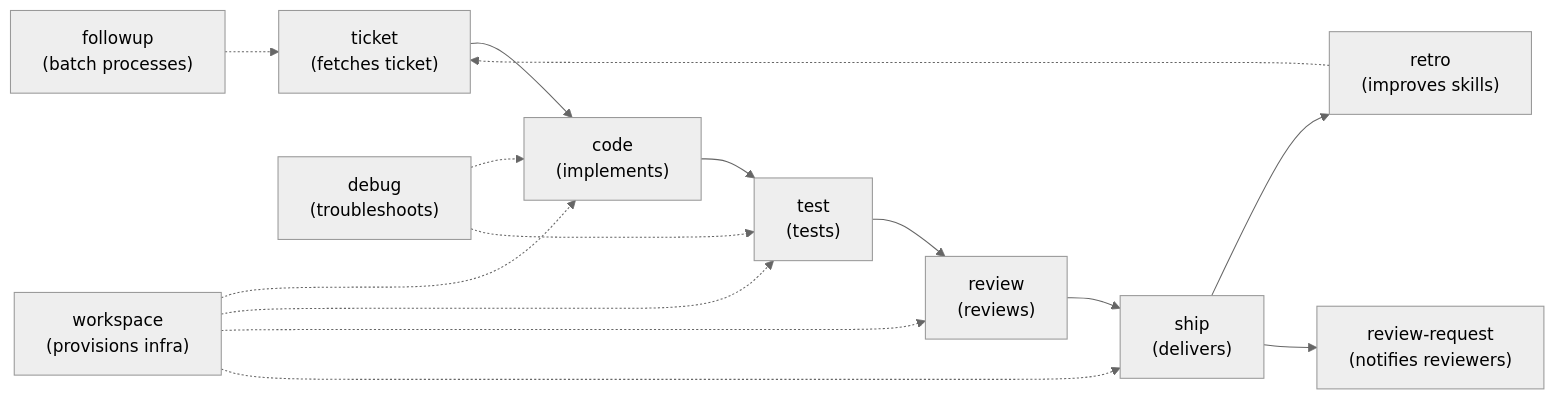
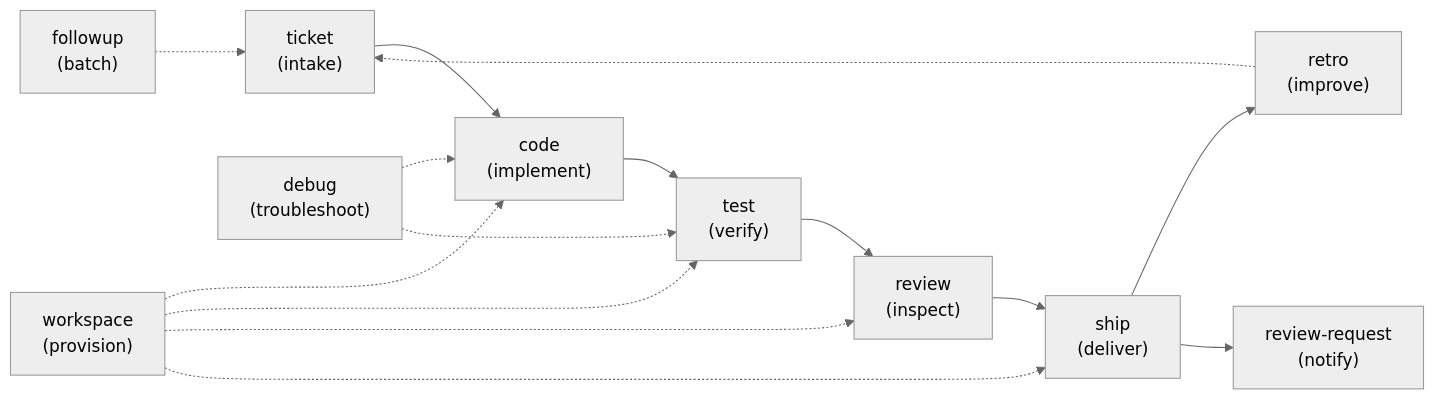
One commit to souliane/teatree changed the second of 2 diagrams in README.md. Above: the diagram before and after it, drawn with Mermaid (neutral theme). The commit also changed other lines of this file and 41 other files, not shown here.

````diff
--- a/README.md
+++ b/README.md
@@ -107,15 +123,15 @@
 ```mermaid
 graph LR
-  ticket["ticket<br/>(fetches ticket)"] --> code["code<br/>(implements)"]
-  code --> test["test<br/>(tests)"]
-  test --> review["review<br/>(reviews)"]
-  review --> ship["ship<br/>(delivers)"]
-  ship --> retro["retro<br/>(improves skills)"]
+  ticket["ticket<br/>(intake)"] --> code["code<br/>(implement)"]
+  code --> test["test<br/>(verify)"]
+  test --> review["review<br/>(inspect)"]
+  review --> ship["ship<br/>(deliver)"]
+  ship --> retro["retro<br/>(improve)"]
   retro -.-> ticket
 
-  ship --> rr["review-request<br/>(notifies reviewers)"]
-  debug["debug<br/>(troubleshoots)"] -.-> code
+  ship --> rr["review-request<br/>(notify)"]
+  debug["debug<br/>(troubleshoot)"] -.-> code
   debug -.-> test
-  followup["followup<br/>(batch processes)"] -.-> ticket
-  workspace["workspace<br/>(provisions infra)"] -..-> code & test & review & ship
+  followup["followup<br/>(batch)"] -.-> ticket
+  workspace["workspace<br/>(provision)"] -..-> code & test & review & ship
 ```
````
